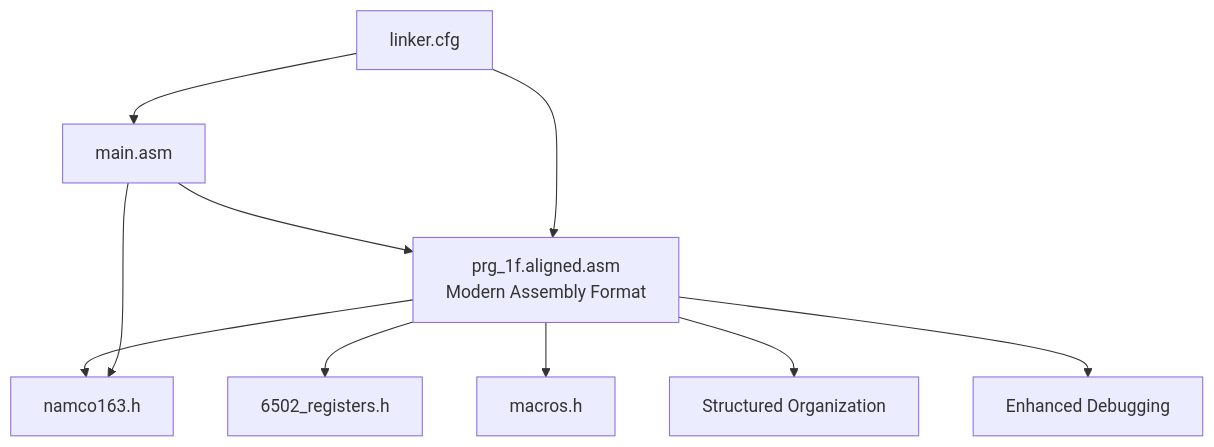
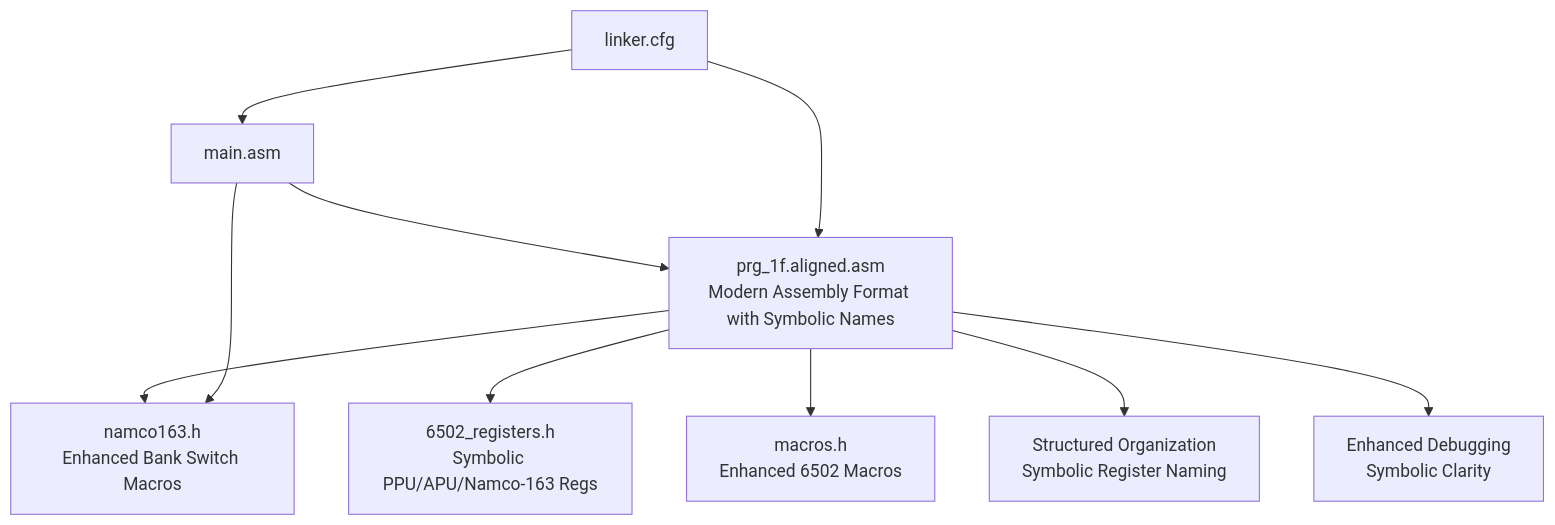
Before and after one commit to rabbyzero/sango2dasm: the ninth of 9 diagrams in .qoder/repowiki/en/content/Assembly Architecture/Assembly Architecture.md, drawn with Mermaid. The commit also changed other lines of this file and 23 other files, not shown here.

Commit message:
functions global naming. start bank $17$18.

````diff
--- a/.qoder/repowiki/en/content/Assembly Architecture/Assembly Architecture.md
+++ b/.qoder/repowiki/en/content/Assembly Architecture/Assembly Architecture.md
@@ -445,12 +522,12 @@
 ```mermaid
 graph TB
-ALIGNED["prg_1f.aligned.asm<br/>Modern Assembly Format"] --> NAMCO["namco163.h"]
-ALIGNED --> REGS["6502_registers.h"]
-ALIGNED --> MACROS["macros.h"]
+ALIGNED["prg_1f.aligned.asm<br/>Modern Assembly Format with Symbolic Names"] --> NAMCO["namco163.h<br/>Enhanced Bank Switch Macros"]
+ALIGNED --> REGS["6502_registers.h<br/>Symbolic PPU/APU/Namco-163 Regs"]
+ALIGNED --> MACROS["macros.h<br/>Enhanced 6502 Macros"]
 MAIN["main.asm"] --> ALIGNED
 MAIN --> NAMCO
 LCFG["linker.cfg"] --> ALIGNED
 LCFG --> MAIN
-ALIGNED --> STRUCT["Structured Organization"]
-ALIGNED --> DEBUG["Enhanced Debugging"]
+ALIGNED --> STRUCT["Structured Organization<br/>Symbolic Register Naming"]
+ALIGNED --> DEBUG["Enhanced Debugging<br/>Symbolic Clarity"]
 ```
````
